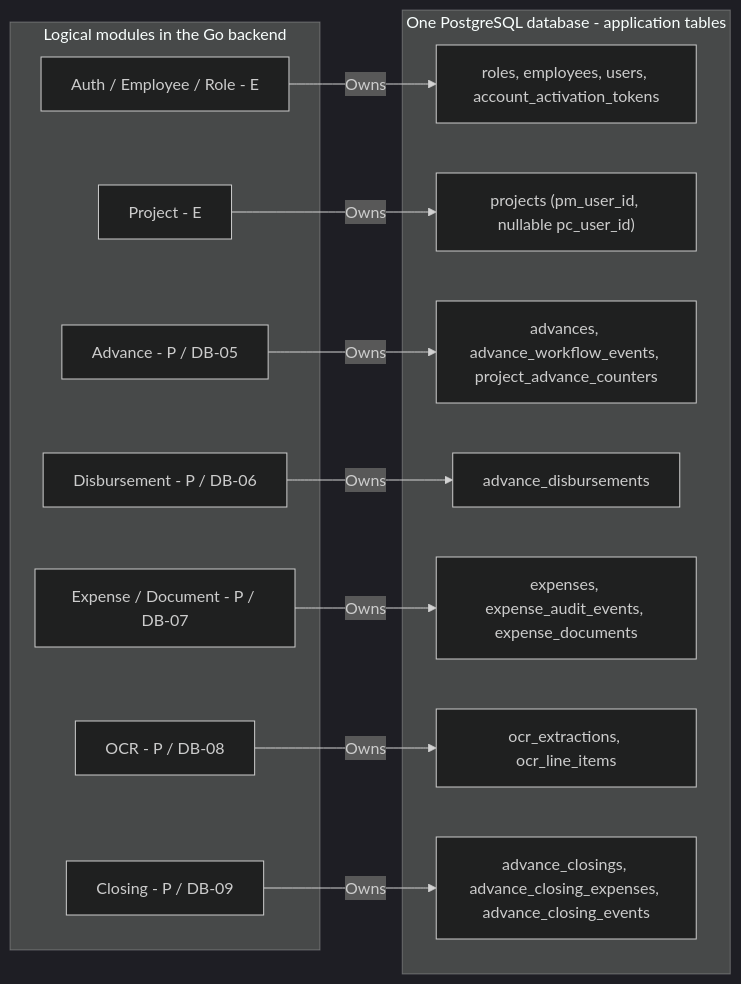
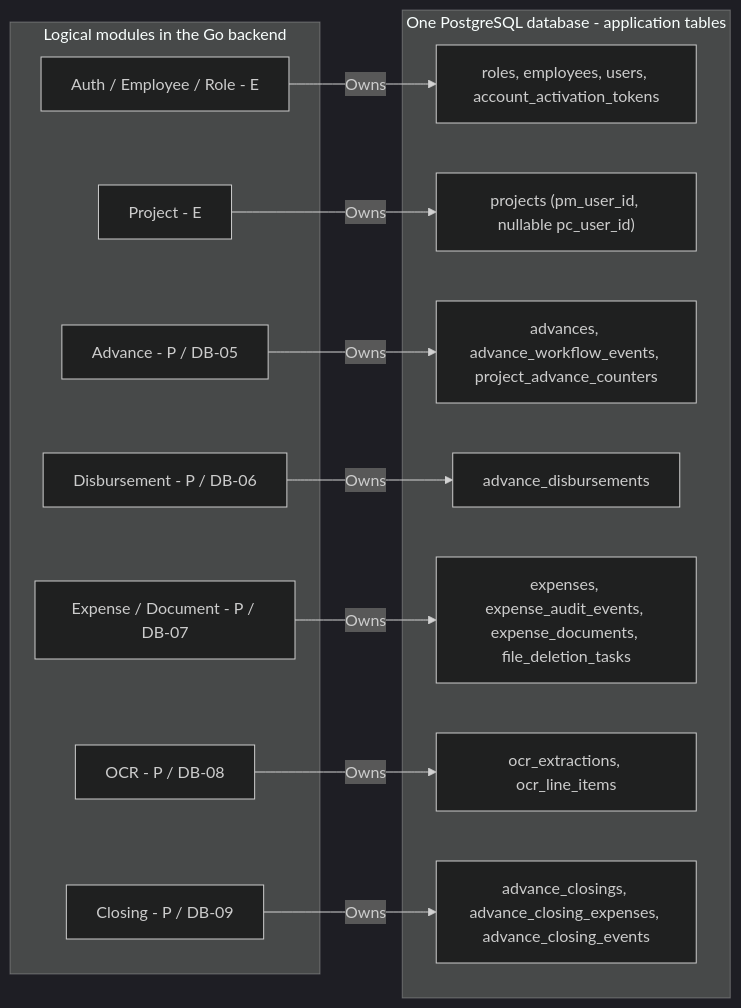
The first of 2 diagrams in docs/migration-plans/erbm-database-plan.md (ERBM-Capstone/ERBM-backend), drawn with Mermaid (dark theme) before and after one commit. The commit also changed other lines of this file and 17 other files, not shown here.

````diff
--- a/docs/migration-plans/erbm-database-plan.md
+++ b/docs/migration-plans/erbm-database-plan.md
@@ -114,30 +137,30 @@
 ```mermaid
 flowchart LR
     subgraph moduleLayer ["Logical modules in the Go backend"]
         authModule["Auth / Employee / Role - E"]
         projectModule["Project - E"]
         advanceModule["Advance - P / DB-05"]
         disbursementModule["Disbursement - P / DB-06"]
         expenseModule["Expense / Document - P / DB-07"]
         ocrModule["OCR - P / DB-08"]
         closingModule["Closing - P / DB-09"]
     end
 
     subgraph databaseLayer ["One PostgreSQL database - application tables"]
         authTables["roles, employees, users, account_activation_tokens"]
         projectTables["projects (pm_user_id, nullable pc_user_id)"]
         advanceTables["advances, advance_workflow_events, project_advance_counters"]
         disbursementTables["advance_disbursements"]
-        expenseTables["expenses, expense_audit_events, expense_documents"]
+        expenseTables["expenses, expense_audit_events, expense_documents, file_deletion_tasks"]
         ocrTables["ocr_extractions, ocr_line_items"]
         closingTables["advance_closings, advance_closing_expenses, advance_closing_events"]
     end
 
     authModule -->|"Owns"| authTables
     projectModule -->|"Owns"| projectTables
     advanceModule -->|"Owns"| advanceTables
     disbursementModule -->|"Owns"| disbursementTables
     expenseModule -->|"Owns"| expenseTables
     ocrModule -->|"Owns"| ocrTables
     closingModule -->|"Owns"| closingTables
 ```
````
